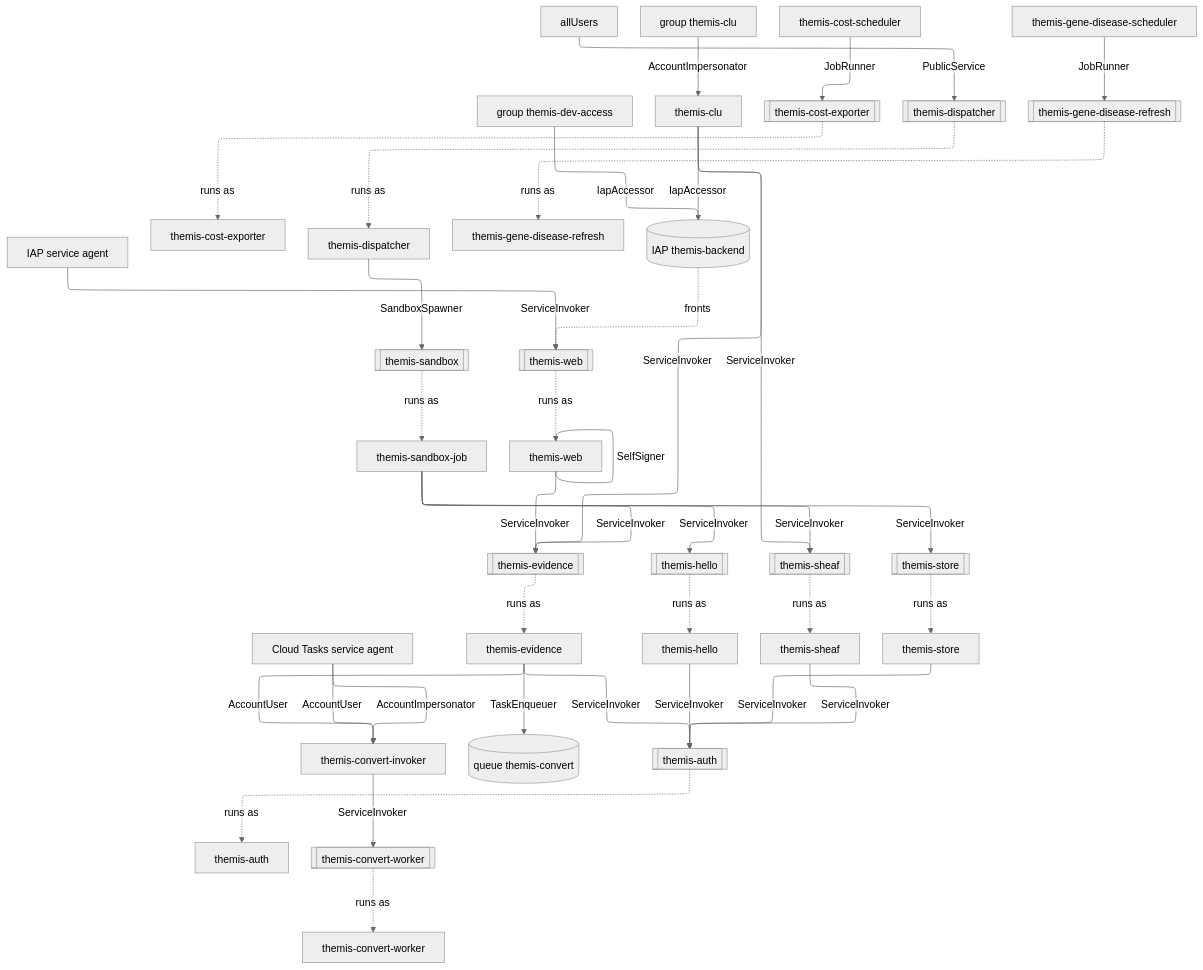
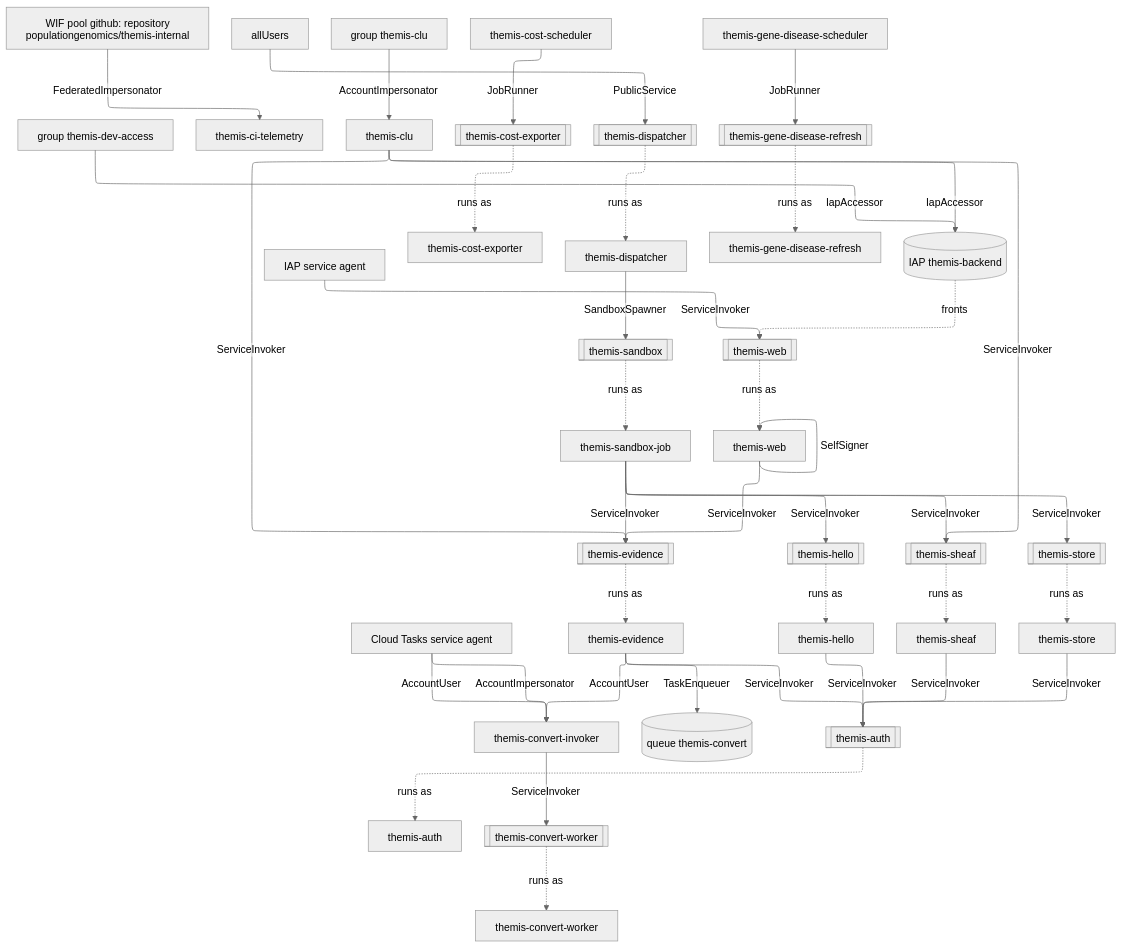
The diagram in docs/design/grants/calls.mmd (populationgenomics/themis), drawn with Mermaid (neutral theme) before and after one commit. The commit also changed 15 other files, not shown here.

```diff
--- a/docs/design/grants/calls.mmd
+++ b/docs/design/grants/calls.mmd
@@ -1,72 +1,75 @@
 %%{init: {"layout": "elk", "elk": {"mergeEdges": true, "nodePlacementStrategy": "NETWORK_SIMPLEX"}, "htmlLabels": false, "flowchart": {"htmlLabels": false, "wrappingWidth": 320}}}%%
 flowchart TB
     n0["Cloud Tasks service agent"]
     n1["IAP service agent"]
-    n2["allUsers"]
-    n3["group themis-clu"]
-    n4["group themis-dev-access"]
-    n5["themis-auth"]
-    n6["themis-clu"]
-    n7["themis-convert-invoker"]
-    n8["themis-convert-worker"]
-    n9["themis-cost-exporter"]
-    n10["themis-cost-scheduler"]
-    n11["themis-dispatcher"]
-    n12["themis-evidence"]
-    n13["themis-gene-disease-refresh"]
-    n14["themis-gene-disease-scheduler"]
-    n15["themis-hello"]
-    n16["themis-sandbox-job"]
-    n17["themis-sheaf"]
-    n18["themis-store"]
-    n19["themis-web"]
-    n20[("IAP themis-backend")]
-    n21[("queue themis-convert")]
-    n22[["themis-auth"]]
-    n23[["themis-convert-worker"]]
-    n24[["themis-cost-exporter"]]
-    n25[["themis-dispatcher"]]
-    n26[["themis-evidence"]]
-    n27[["themis-gene-disease-refresh"]]
-    n28[["themis-hello"]]
-    n29[["themis-sandbox"]]
-    n30[["themis-sheaf"]]
-    n31[["themis-store"]]
-    n32[["themis-web"]]
-    n0 -->|AccountImpersonator| n7
-    n0 -->|AccountUser| n7
-    n1 -->|ServiceInvoker| n32
-    n2 -->|PublicService| n25
-    n3 -->|AccountImpersonator| n6
-    n4 -->|IapAccessor| n20
-    n6 -->|IapAccessor| n20
-    n6 -->|ServiceInvoker| n26
-    n6 -->|ServiceInvoker| n30
-    n7 -->|ServiceInvoker| n23
-    n10 -->|JobRunner| n24
-    n11 -->|SandboxSpawner| n29
-    n12 -->|AccountUser| n7
-    n12 -->|ServiceInvoker| n22
-    n12 -->|TaskEnqueuer| n21
-    n14 -->|JobRunner| n27
-    n15 -->|ServiceInvoker| n22
-    n16 -->|ServiceInvoker| n26
-    n16 -->|ServiceInvoker| n28
-    n16 -->|ServiceInvoker| n30
-    n16 -->|ServiceInvoker| n31
-    n17 -->|ServiceInvoker| n22
-    n18 -->|ServiceInvoker| n22
-    n19 -->|SelfSigner| n19
-    n19 -->|ServiceInvoker| n26
-    n20 -. fronts .-> n32
-    n22 -. runs as .-> n5
-    n23 -. runs as .-> n8
-    n24 -. runs as .-> n9
-    n25 -. runs as .-> n11
-    n26 -. runs as .-> n12
+    n2["WIF pool github: repository populationgenomics/themis-internal"]
+    n3["allUsers"]
+    n4["group themis-clu"]
+    n5["group themis-dev-access"]
+    n6["themis-auth"]
+    n7["themis-ci-telemetry"]
+    n8["themis-clu"]
+    n9["themis-convert-invoker"]
+    n10["themis-convert-worker"]
+    n11["themis-cost-exporter"]
+    n12["themis-cost-scheduler"]
+    n13["themis-dispatcher"]
+    n14["themis-evidence"]
+    n15["themis-gene-disease-refresh"]
+    n16["themis-gene-disease-scheduler"]
+    n17["themis-hello"]
+    n18["themis-sandbox-job"]
+    n19["themis-sheaf"]
+    n20["themis-store"]
+    n21["themis-web"]
+    n22[("IAP themis-backend")]
+    n23[("queue themis-convert")]
+    n24[["themis-auth"]]
+    n25[["themis-convert-worker"]]
+    n26[["themis-cost-exporter"]]
+    n27[["themis-dispatcher"]]
+    n28[["themis-evidence"]]
+    n29[["themis-gene-disease-refresh"]]
+    n30[["themis-hello"]]
+    n31[["themis-sandbox"]]
+    n32[["themis-sheaf"]]
+    n33[["themis-store"]]
+    n34[["themis-web"]]
+    n0 -->|AccountImpersonator| n9
+    n0 -->|AccountUser| n9
+    n1 -->|ServiceInvoker| n34
+    n2 -->|FederatedImpersonator| n7
+    n3 -->|PublicService| n27
+    n4 -->|AccountImpersonator| n8
+    n5 -->|IapAccessor| n22
+    n8 -->|IapAccessor| n22
+    n8 -->|ServiceInvoker| n28
+    n8 -->|ServiceInvoker| n32
+    n9 -->|ServiceInvoker| n25
+    n12 -->|JobRunner| n26
+    n13 -->|SandboxSpawner| n31
+    n14 -->|AccountUser| n9
+    n14 -->|ServiceInvoker| n24
+    n14 -->|TaskEnqueuer| n23
+    n16 -->|JobRunner| n29
+    n17 -->|ServiceInvoker| n24
+    n18 -->|ServiceInvoker| n28
+    n18 -->|ServiceInvoker| n30
+    n18 -->|ServiceInvoker| n32
+    n18 -->|ServiceInvoker| n33
+    n19 -->|ServiceInvoker| n24
+    n20 -->|ServiceInvoker| n24
+    n21 -->|SelfSigner| n21
+    n21 -->|ServiceInvoker| n28
+    n22 -. fronts .-> n34
+    n24 -. runs as .-> n6
+    n25 -. runs as .-> n10
+    n26 -. runs as .-> n11
     n27 -. runs as .-> n13
-    n28 -. runs as .-> n15
-    n29 -. runs as .-> n16
+    n28 -. runs as .-> n14
+    n29 -. runs as .-> n15
     n30 -. runs as .-> n17
     n31 -. runs as .-> n18
     n32 -. runs as .-> n19
+    n33 -. runs as .-> n20
+    n34 -. runs as .-> n21
```
